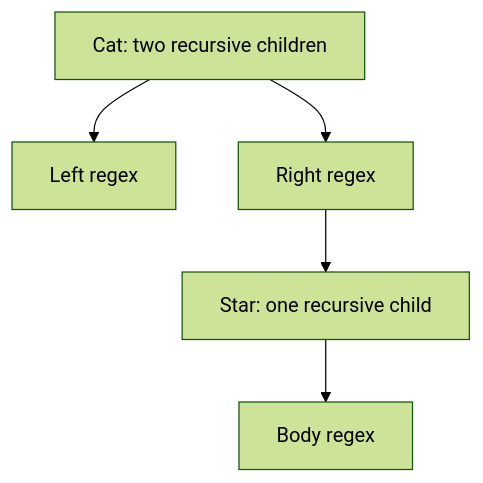
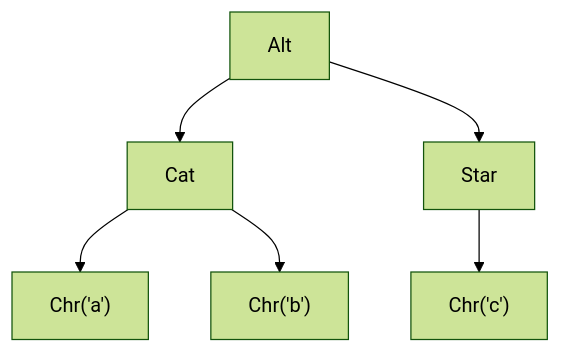
One commit to leobwang/dafny-verus-learn-0 changed the first of 3 diagrams in docs/R02_Datatypes.md. Above: the diagram before and after it, drawn with Mermaid (forest theme). The commit also changed other lines of this file and 27 other files, not shown here.

````diff
--- a/docs/R02_Datatypes.md
+++ b/docs/R02_Datatypes.md
@@ -123,7 +105,8 @@
 ```mermaid
 flowchart TD
-  A["Cat: two recursive children"] --> B["Left regex"]
-  A --> C["Right regex"]
-  C --> D["Star: one recursive child"]
-  D --> E["Body regex"]
+  A["Alt"] --> B["Cat"]
+  A --> C["Star"]
+  B --> D["Chr('a')"]
+  B --> E["Chr('b')"]
+  C --> F["Chr('c')"]
 ```
````
